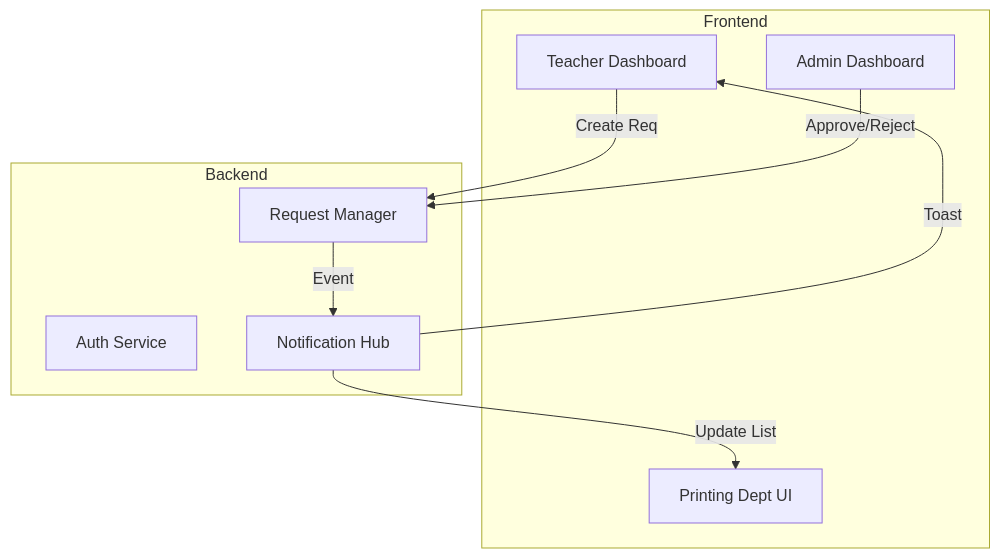
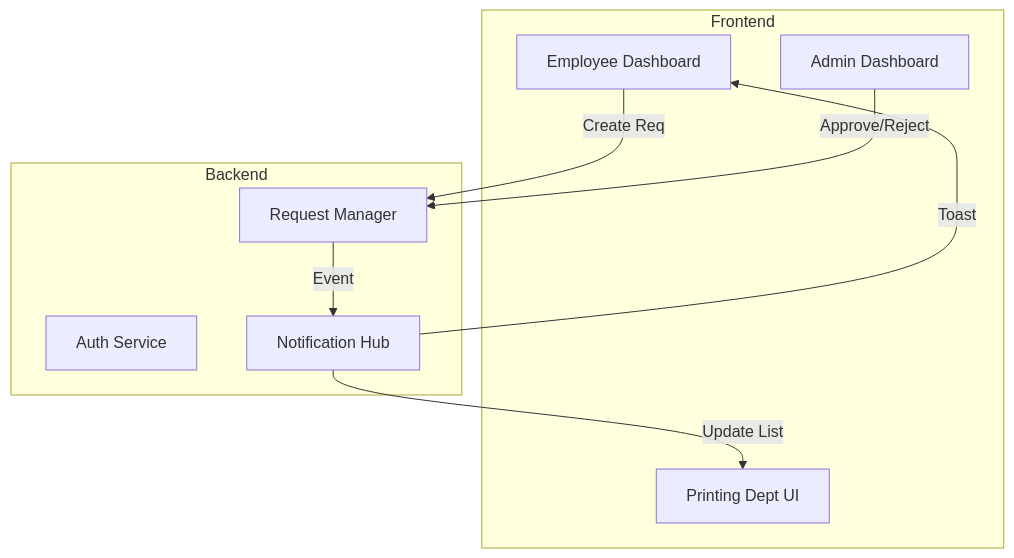
Before and after one commit to sh1vam-03/printportal: the diagram in docs/README.md, drawn with Mermaid. The commit also changed 10 other files, not shown here.

````diff
--- a/docs/README.md
+++ b/docs/README.md
@@ -43,20 +43,20 @@
 ```mermaid
 graph TD
     subgraph Frontend
-        TeacherUI[Teacher Dashboard]
+        EmployeeUI[Employee Dashboard]
         AdminUI[Admin Dashboard]
         PrintUI[Printing Dept UI]
     end
 
     subgraph Backend
         Auth[Auth Service]
         RequestMgr[Request Manager]
         SocketHub[Notification Hub]
     end
 
-    TeacherUI -->|Create Req| RequestMgr
+    EmployeeUI -->|Create Req| RequestMgr
     AdminUI -->|Approve/Reject| RequestMgr
     RequestMgr -->|Event| SocketHub
-    SocketHub -->|Toast| TeacherUI
+    SocketHub -->|Toast| EmployeeUI
     SocketHub -->|Update List| PrintUI
 ```
````
